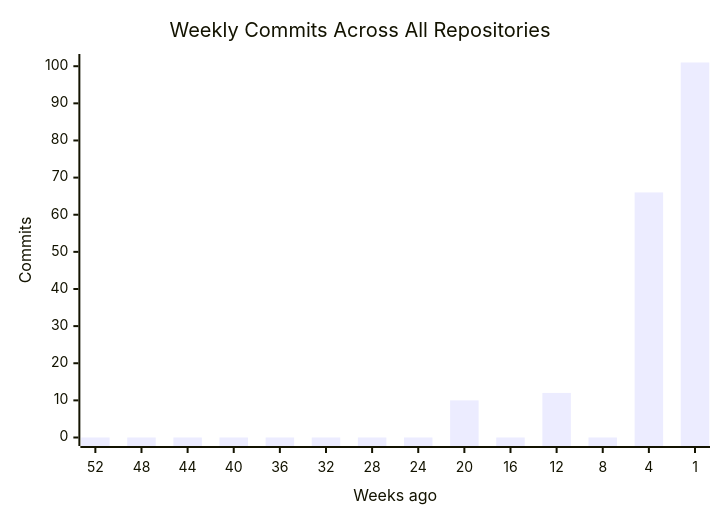
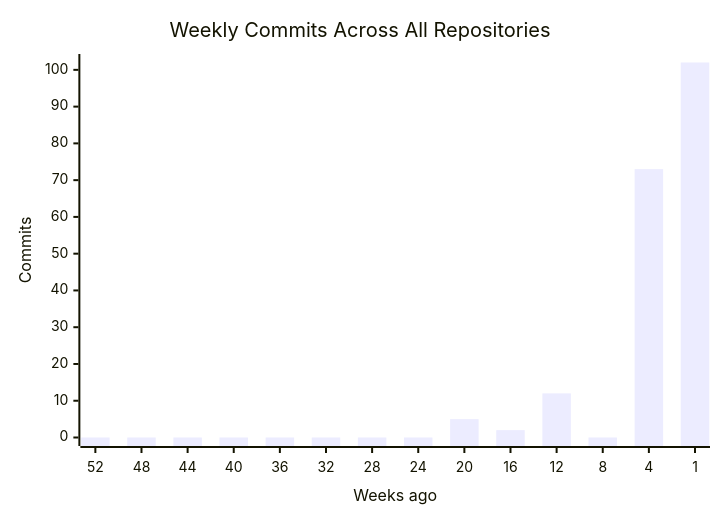
One commit to CSTH-Projects/.github changed the first of 4 diagrams in profile/README.md. Above: the diagram before and after it, drawn with Mermaid. The commit also changed other lines of this file, not shown here.

````diff
--- a/profile/README.md
+++ b/profile/README.md
@@ -15,7 +15,7 @@
 ```mermaid
 xychart-beta
     title "Weekly Commits Across All Repositories"
     x-axis "Weeks ago" [52, 48, 44, 40, 36, 32, 28, 24, 20, 16, 12, 8, 4, 1]
     y-axis "Commits"
-    bar [0, 0, 0, 0, 0, 0, 0, 0, 10, 0, 12, 0, 66, 101]
+    bar [0, 0, 0, 0, 0, 0, 0, 0, 5, 2, 12, 0, 73, 102]
 ```
````
